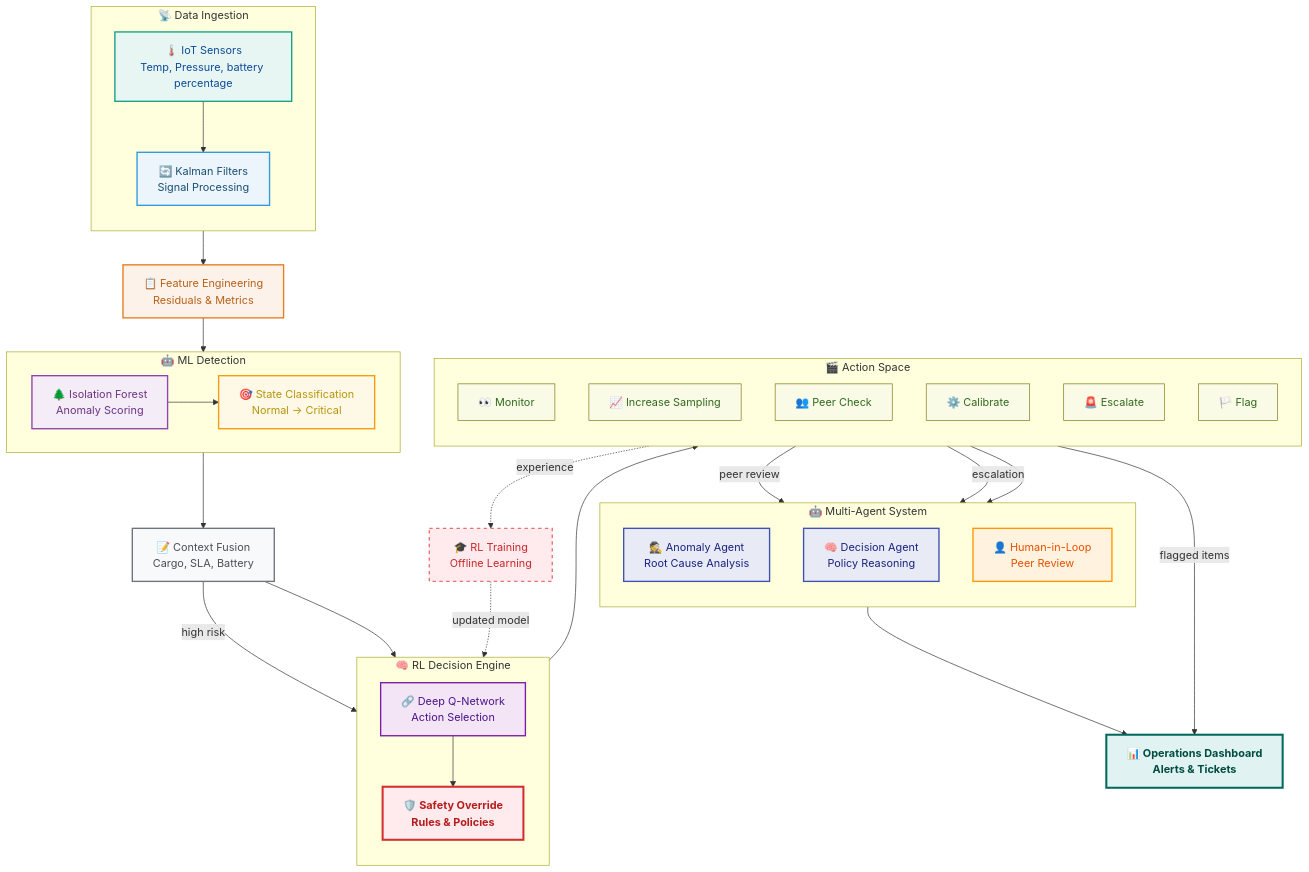
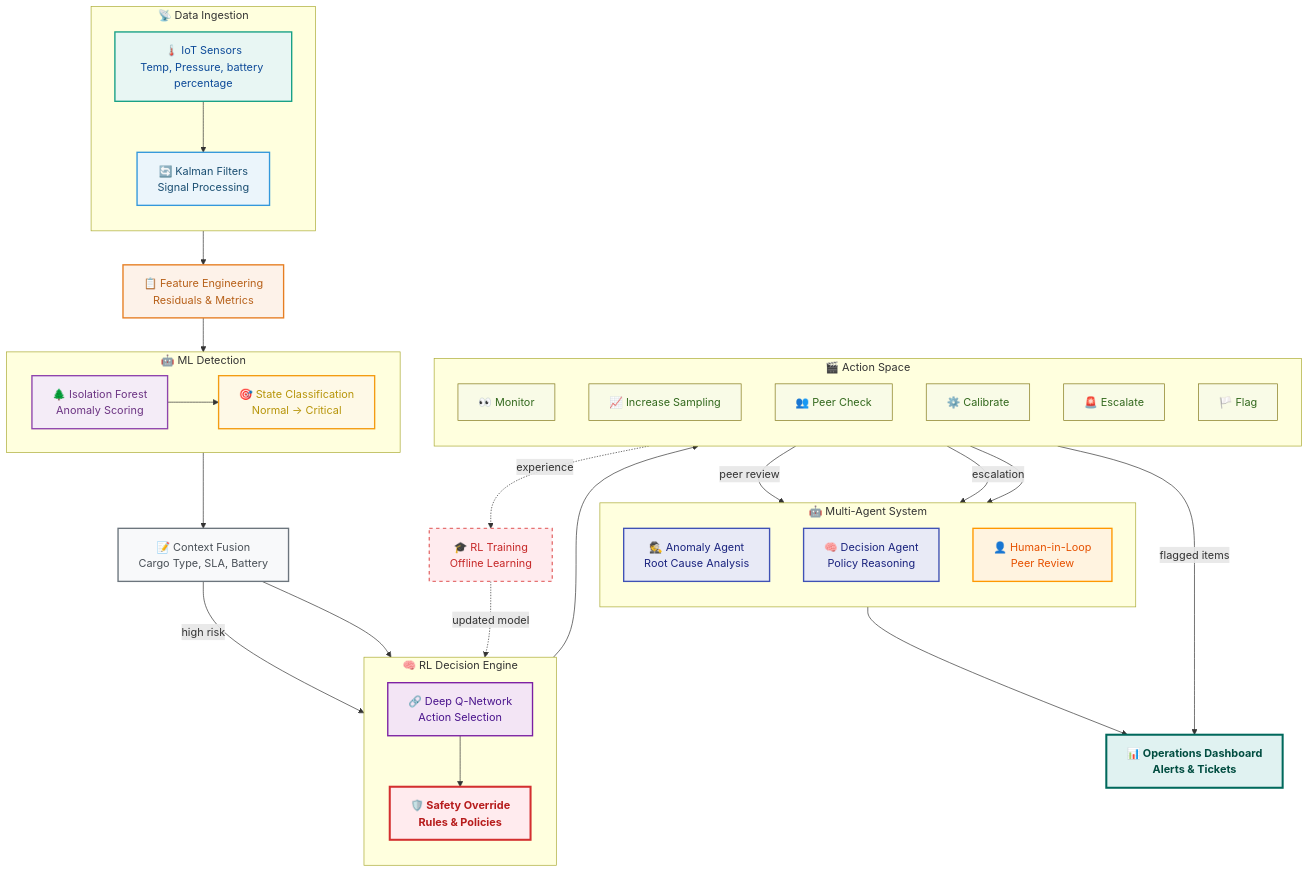
Before and after one commit to jshuo/phoenix-multi-agent-soc: the diagram in diagram/aiot-block.md, drawn with Mermaid. The commit also changed other lines of this file, not shown here.

Commit message:
Refine AIoT documentation by updating action descriptions and clarifying context fusion terminology

```diff
--- a/diagram/aiot-block.md
+++ b/diagram/aiot-block.md
@@ -76,7 +75,7 @@
   end
   
   %% Context Integration
-  CONTEXT["📝 Context Fusion<br/>Cargo, SLA, Battery"]:::context
+  CONTEXT["📝 Context Fusion<br/>Cargo Type, SLA, Battery"]:::context
   
   %% Decision Layer
   subgraph DECISION["🧠 RL Decision Engine"]
```
